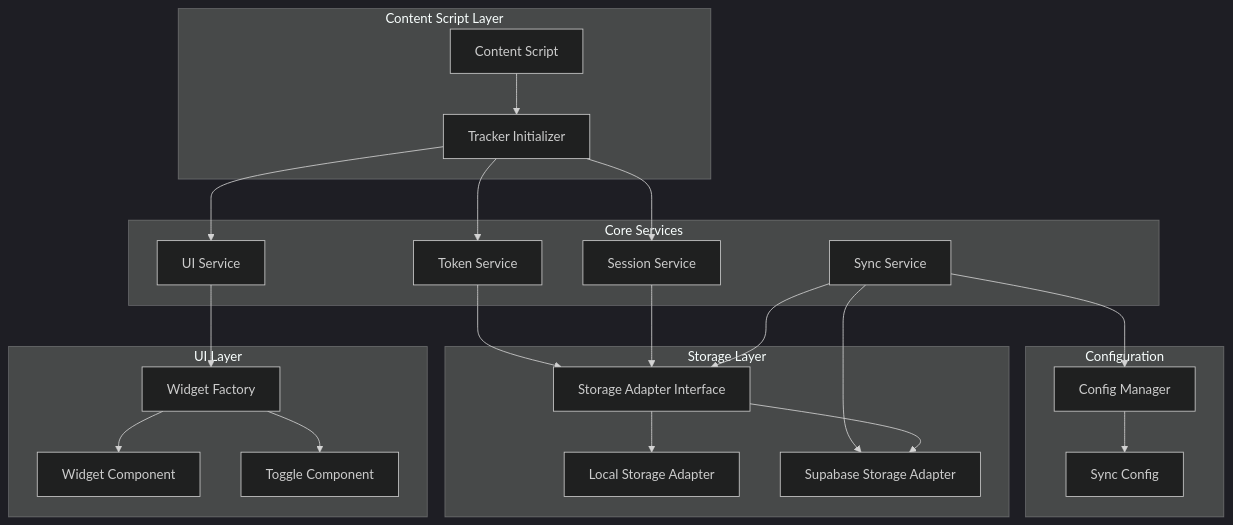
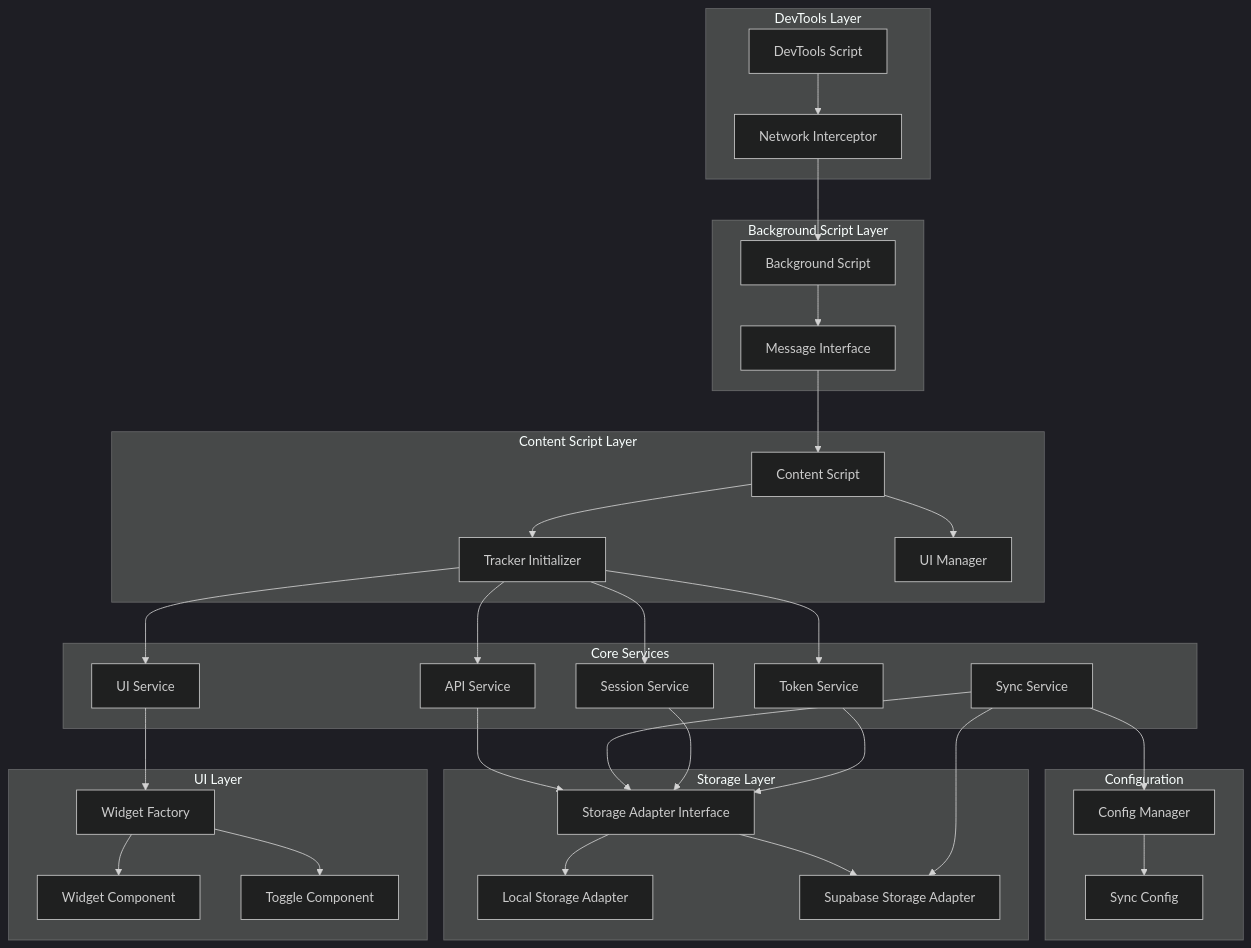
Before and after one commit to stefanbinoj/mymemorydotai: the diagram in .kiro/specs/chatgpt-token-tracker-enhancement/design.md, drawn with Mermaid (dark theme). The commit also changed other lines of this file and 6 other files, not shown here.

````diff
--- a/.kiro/specs/chatgpt-token-tracker-enhancement/design.md
+++ b/.kiro/specs/chatgpt-token-tracker-enhancement/design.md
@@ -13,47 +13,66 @@
 ```mermaid
 graph TB
+    subgraph "DevTools Layer"
+        DT[DevTools Script]
+        NI[Network Interceptor]
+    end
+
     subgraph "Content Script Layer"
         CS[Content Script]
         TI[Tracker Initializer]
+        UI[UI Manager]
+    end
+
+    subgraph "Background Script Layer"
+        BS[Background Script]
+        MI[Message Interface]
     end
 
     subgraph "Core Services"
         TS[Token Service]
         SS[Session Service]
         US[UI Service]
         SY[Sync Service]
+        AS[API Service]
     end
 
     subgraph "Storage Layer"
         SA[Storage Adapter Interface]
         LSA[Local Storage Adapter]
         SBA[Supabase Storage Adapter]
     end
 
     subgraph "UI Layer"
         WF[Widget Factory]
         WC[Widget Component]
         TC[Toggle Component]
     end
 
     subgraph "Configuration"
         CM[Config Manager]
         SC[Sync Config]
     end
 
+    DT --> NI
+    NI --> BS
+    BS --> MI
+    MI --> CS
     CS --> TI
     TI --> TS
     TI --> SS
     TI --> US
+    TI --> AS
     TS --> SA
     SS --> SA
     SY --> SA
+    AS --> SA
     US --> WF
     WF --> WC
     WF --> TC
     SY --> SBA
     SA --> LSA
     SA --> SBA
     CM --> SC
     SY --> CM
+    CS --> UI
 ```
````
